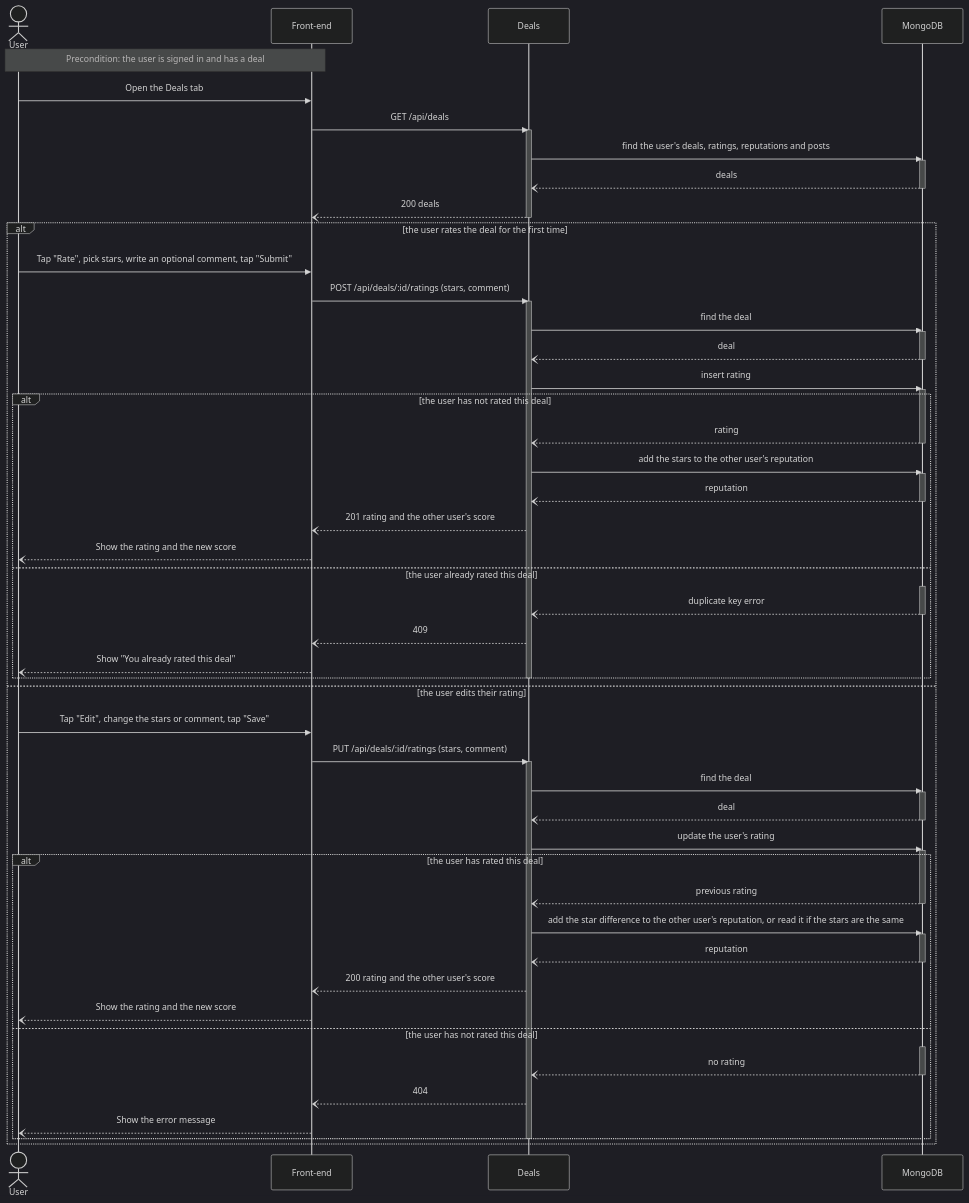
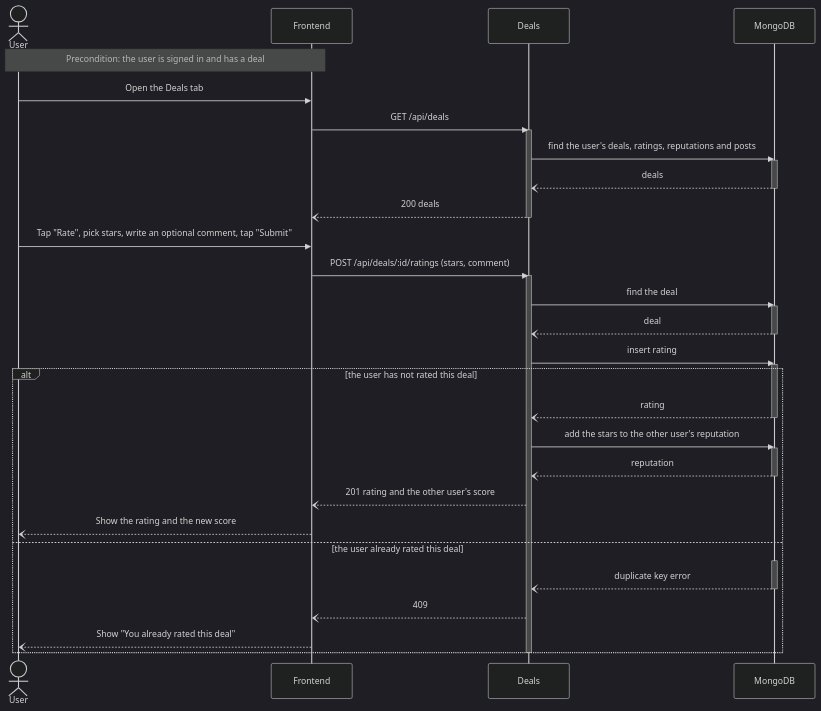
One commit to m1lun/m1skeletonProject changed the third of 6 diagrams in documentation/Requirements_and_Design.md. Above: the diagram before and after it, drawn with Mermaid (dark theme). The commit also changed other lines of this file and 3 other files, not shown here.

````diff
--- a/documentation/Requirements_and_Design.md
+++ b/documentation/Requirements_and_Design.md
@@ -519,72 +524,43 @@
 ```mermaid
 sequenceDiagram
     actor U as User
-    participant FE as Front-end
+    participant FE as Frontend
     participant D as Deals
     participant DB as MongoDB
     Note over U,FE: Precondition: the user is signed in and has a deal
     U->>FE: Open the Deals tab
     FE->>D: GET /api/deals
     activate D
     D->>DB: find the user's deals, ratings, reputations and posts
     activate DB
     DB--)D: deals
     deactivate DB
     D--)FE: 200 deals
     deactivate D
-    alt the user rates the deal for the first time
-        U->>FE: Tap "Rate", pick stars, write an optional comment, tap "Submit"
-        FE->>D: POST /api/deals/:id/ratings (stars, comment)
-        activate D
-        D->>DB: find the deal
+    U->>FE: Tap "Rate", pick stars, write an optional comment, tap "Submit"
+    FE->>D: POST /api/deals/:id/ratings (stars, comment)
+    activate D
+    D->>DB: find the deal
+    activate DB
+    DB--)D: deal
+    deactivate DB
+    D->>DB: insert rating
+    activate DB
+    alt the user has not rated this deal
+        DB--)D: rating
+        deactivate DB
+        D->>DB: add the stars to the other user's reputation
         activate DB
-        DB--)D: deal
+        DB--)D: reputation
         deactivate DB
-        D->>DB: insert rating
+        D--)FE: 201 rating and the other user's score
+        FE--)U: Show the rating and the new score
+    else the user already rated this deal
         activate DB
-        alt the user has not rated this deal
-            DB--)D: rating
-            deactivate DB
-            D->>DB: add the stars to the other user's reputation
-            activate DB
-            DB--)D: reputation
-            deactivate DB
-            D--)FE: 201 rating and the other user's score
-            FE--)U: Show the rating and the new score
-        else the user already rated this deal
-            activate DB
-            DB--)D: duplicate key error
-            deactivate DB
-            D--)FE: 409
-            FE--)U: Show "You already rated this deal"
-        end
-        deactivate D
-    else the user edits their rating
-        U->>FE: Tap "Edit", change the stars or comment, tap "Save"
-        FE->>D: PUT /api/deals/:id/ratings (stars, comment)
-        activate D
-        D->>DB: find the deal
-        activate DB
-        DB--)D: deal
+        DB--)D: duplicate key error
         deactivate DB
-        D->>DB: update the user's rating
-        activate DB
-        alt the user has rated this deal
-            DB--)D: previous rating
-            deactivate DB
-            D->>DB: add the star difference to the other user's reputation, or read it if the stars are the same
-            activate DB
-            DB--)D: reputation
-            deactivate DB
-            D--)FE: 200 rating and the other user's score
-            FE--)U: Show the rating and the new score
-        else the user has not rated this deal
-            activate DB
-            DB--)D: no rating
-            deactivate DB
-            D--)FE: 404
-            FE--)U: Show the error message
-        end
-        deactivate D
+        D--)FE: 409
+        FE--)U: Show "You already rated this deal"
     end
+    deactivate D
 ```
````
